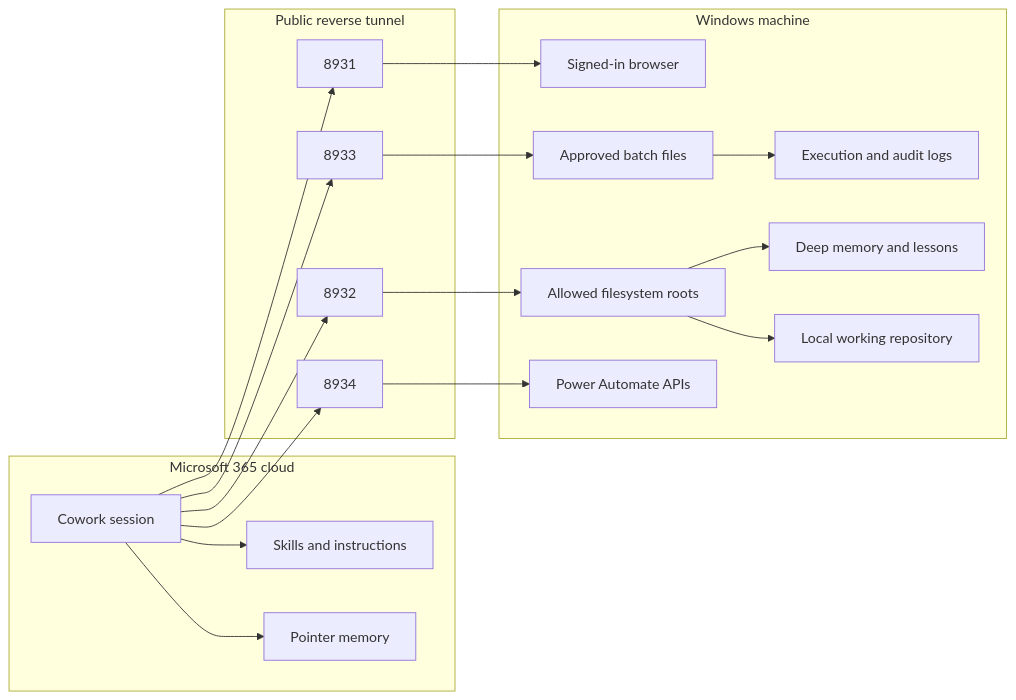
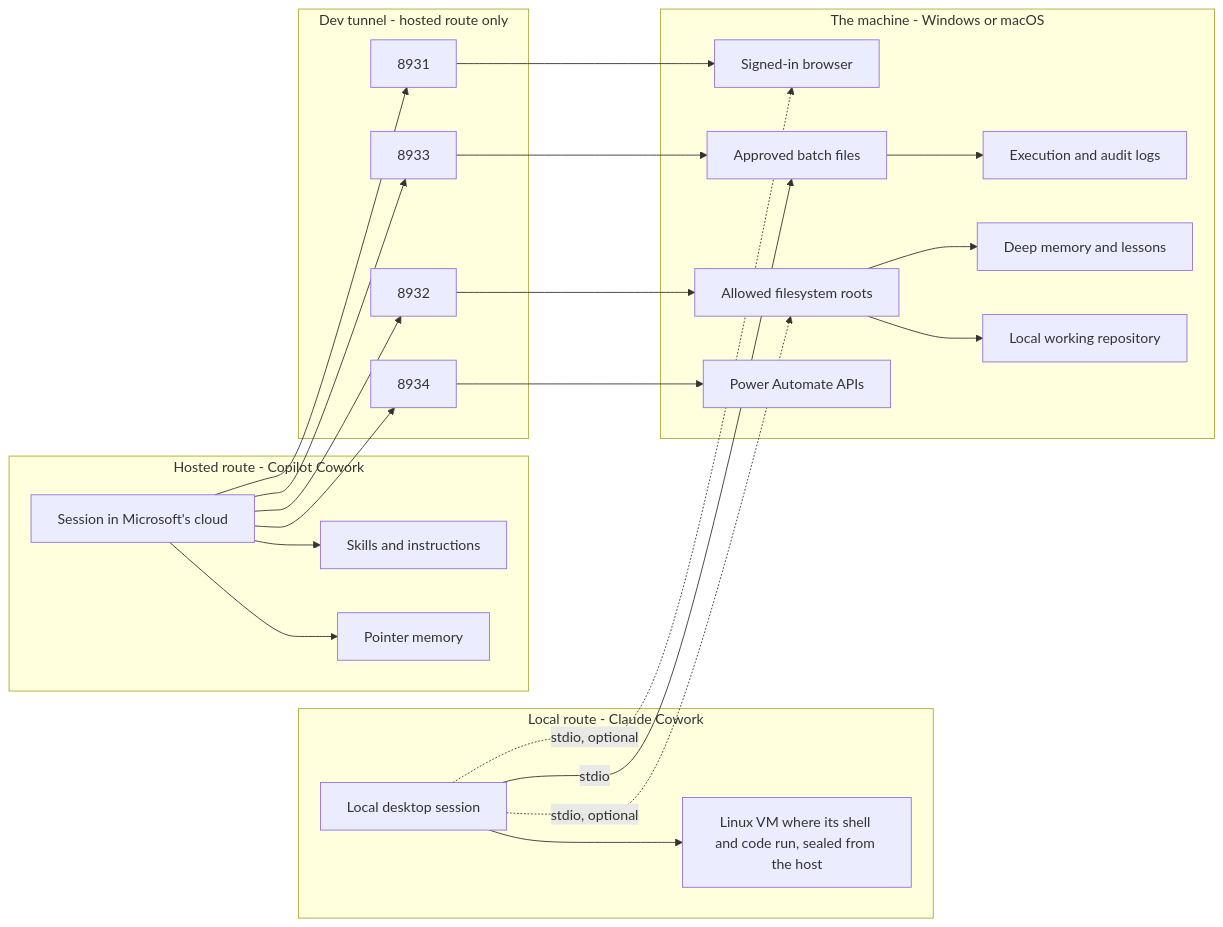
Before and after one commit to jordanmrash/agent-of-record: the first of 2 diagrams in docs/architecture.md, drawn with Mermaid. The commit also changed other lines of this file and 10 other files, not shown here.

````diff
--- a/docs/architecture.md
+++ b/docs/architecture.md
@@ -5,35 +5,44 @@
 ```mermaid
 flowchart LR
-    subgraph Cloud["Microsoft 365 cloud"]
-        C[Cowork session]
+    subgraph Hosted["Hosted route - Copilot Cowork"]
+        C1[Session in Microsoft's cloud]
         SK[Skills and instructions]
         MEM[Pointer memory]
     end
 
-    subgraph Tunnel["Public reverse tunnel"]
+    subgraph Tunnel["Dev tunnel - hosted route only"]
         G1[8931]
         G2[8932]
         G3[8933]
         G4[8934]
     end
 
-    subgraph Machine["Windows machine"]
+    subgraph Local["Local route - Claude Cowork"]
+        C2[Local desktop session]
+        VM[Linux VM where its shell and code run, sealed from the host]
+    end
+
+    subgraph Machine["The machine - Windows or macOS"]
         PW[Signed-in browser]
         FS[Allowed filesystem roots]
         JOB[Approved batch files]
         LOG[Execution and audit logs]
         FLOW[Power Automate APIs]
         DEEP[Deep memory and lessons]
         GIT[Local working repository]
     end
 
-    C --> SK
-    C --> MEM
-    C --> G1 --> PW
-    C --> G2 --> FS
-    C --> G3 --> JOB
+    C1 --> SK
+    C1 --> MEM
+    C1 --> G1 --> PW
+    C1 --> G2 --> FS
+    C1 --> G3 --> JOB
+    C1 --> G4 --> FLOW
+    C2 --> VM
+    C2 -->|stdio| JOB
+    C2 -.->|stdio, optional| PW
+    C2 -.->|stdio, optional| FS
     JOB --> LOG
-    C --> G4 --> FLOW
     FS --> DEEP
     FS --> GIT
 ```
````
